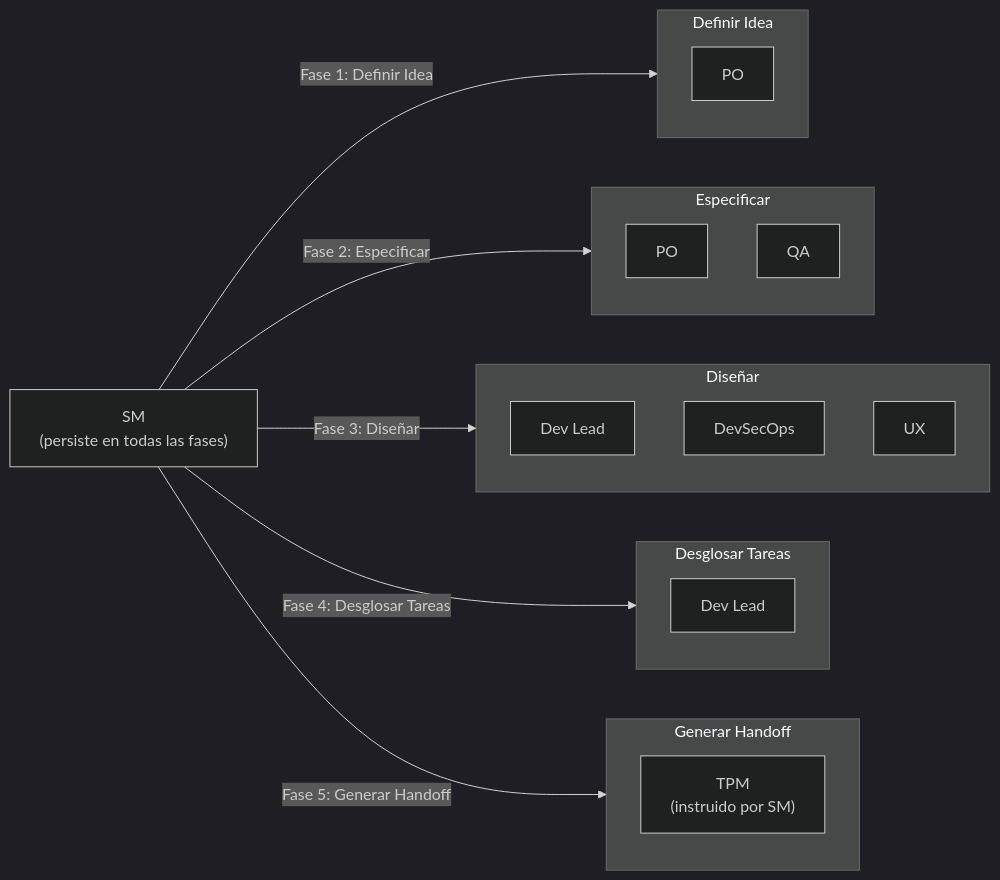
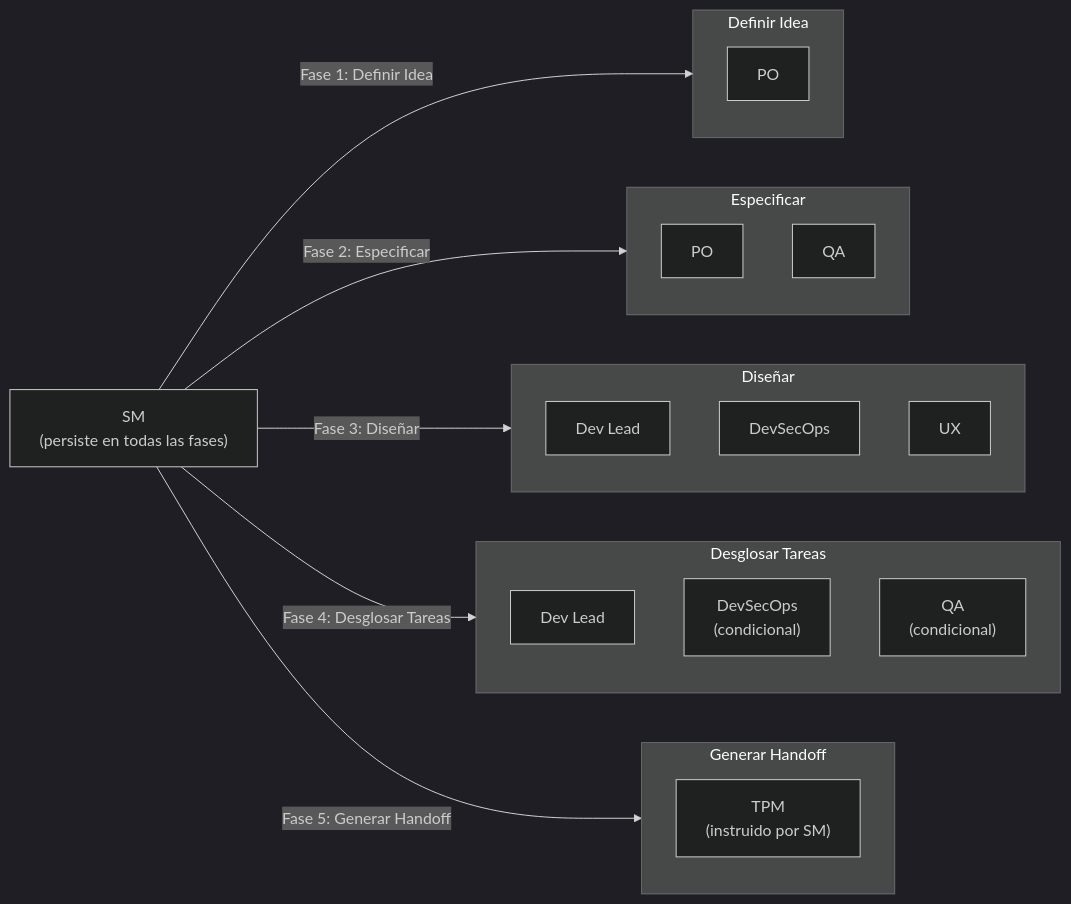
The sixth of 13 diagrams in docs/behavior-scrum-master-routing.md (virgenherrera/idea-to-mvp), drawn with Mermaid (dark theme) before and after one commit. The commit also changed other lines of this file and 4 other files, not shown here.

````diff
--- a/docs/behavior-scrum-master-routing.md
+++ b/docs/behavior-scrum-master-routing.md
@@ -215,29 +259,31 @@
 ```mermaid
 flowchart LR
     SM["SM\n(persiste en todas las fases)"]
 
     SM -->|"Fase 1: Definir Idea"| F1
     SM -->|"Fase 2: Especificar"| F2
     SM -->|"Fase 3: Diseñar"| F3
     SM -->|"Fase 4: Desglosar Tareas"| F4
     SM -->|"Fase 5: Generar Handoff"| F5
 
     subgraph F1["Definir Idea"]
         F1_PO["PO"]
     end
     subgraph F2["Especificar"]
         F2_PO["PO"]
         F2_QA["QA"]
     end
     subgraph F3["Diseñar"]
         F3_DEV["Dev Lead"]
         F3_SEC["DevSecOps"]
         F3_UX["UX"]
     end
     subgraph F4["Desglosar Tareas"]
         F4_DEV["Dev Lead"]
+        F4_SEC["DevSecOps\n(condicional)"]
+        F4_QA["QA\n(condicional)"]
     end
     subgraph F5["Generar Handoff"]
         F5_SM["TPM\n(instruido por SM)"]
     end
 ```
````
